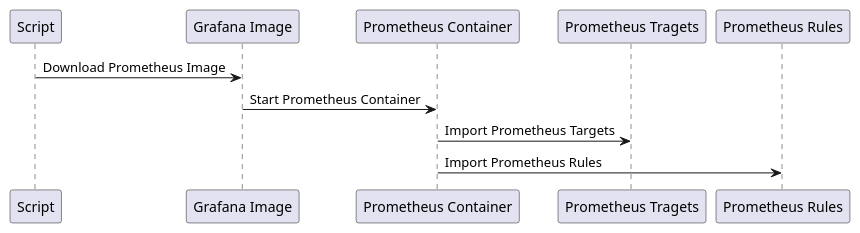
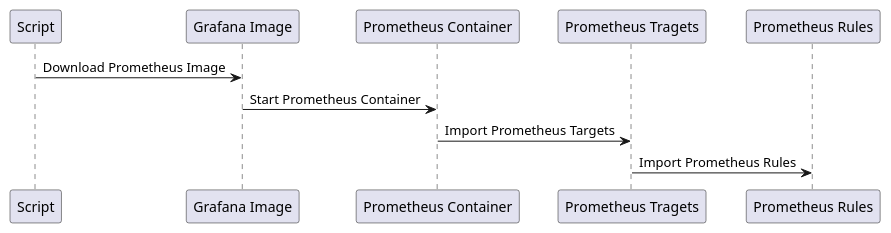
The fourth of 5 diagrams in Sequenzdiagramm.puml (blro-ep/ITCNE23-SEM-III), drawn with PlantUML before and after one commit. The commit also changed other lines of this file and 1 other file, not shown here.

Commit message:
Update Sequenzdiagramm

```diff
--- a/Sequenzdiagramm.puml
+++ b/Sequenzdiagramm.puml
@@ -44,12 +44,12 @@
 @startuml Prometheus
 participant "Script" as Script
 participant "Grafana Image" as Image
 participant "Prometheus Container" as Container
 participant "Prometheus Tragets" as Datasource
 participant "Prometheus Rules" as Rules
 
 Script -> Image: Download Prometheus Image
 Image -> Container: Start Prometheus Container
 Container -> Datasource: Import Prometheus Targets
-Container -> Rules: Import Prometheus Rules
+Datasource -> Rules: Import Prometheus Rules
 @enduml
```
